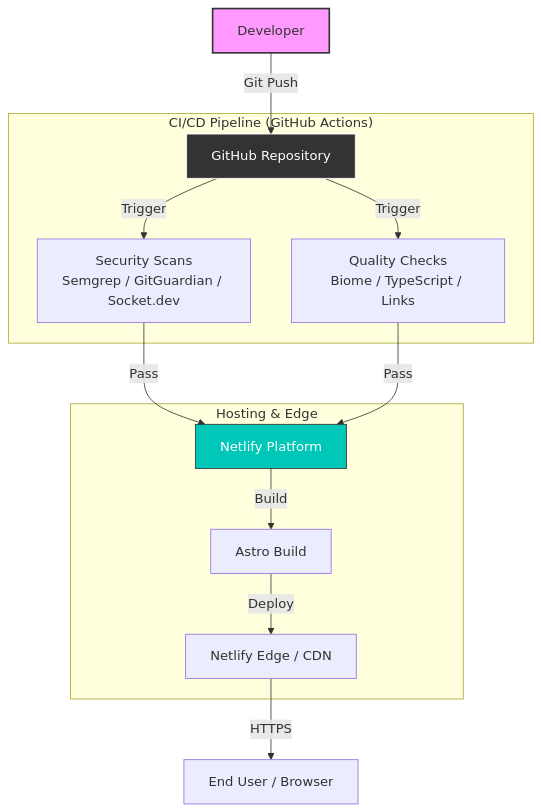
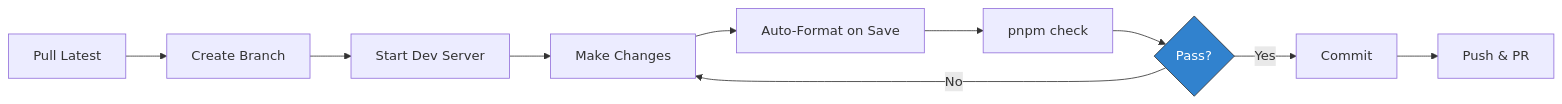
The first of 2 diagrams in docs/DEVELOPMENT.md (team4procoaching/website), drawn with Mermaid before and after one commit. The commit also changed other lines of this file and 4 other files, not shown here.

````diff
--- a/docs/DEVELOPMENT.md
+++ b/docs/DEVELOPMENT.md
@@ -54,23 +204,14 @@
 ```mermaid
-graph TD
-    User[Developer] -->|Git Push| GitHub[GitHub Repository]
+graph LR
+    A[Pull Latest] --> B[Create Branch]
+    B --> C[Start Dev Server]
+    C --> D[Make Changes]
+    D --> E[Auto-Format on Save]
+    E --> F[pnpm check]
+    F --> G{Pass?}
+    G -->|Yes| H[Commit]
+    G -->|No| D
+    H --> I[Push & PR]
 
-    subgraph "CI/CD Pipeline (GitHub Actions)"
-        GitHub -->|Trigger| Security[Security Scans<br/>Semgrep / GitGuardian / Socket.dev]
-        GitHub -->|Trigger| Quality[Quality Checks<br/>Biome / TypeScript / Links]
-    end
-
-    Security -->|Pass| Netlify
-    Quality -->|Pass| Netlify
-
-    subgraph "Hosting & Edge"
-        Netlify[Netlify Platform] -->|Build| Build[Astro Build]
-        Build -->|Deploy| CDN[Netlify Edge / CDN]
-    end
-
-    CDN -->|HTTPS| Client[End User / Browser]
-
-    style User fill:#f9f,stroke:#333,stroke-width:2px
-    style GitHub fill:#333,stroke:#fff,color:#fff
-    style Netlify fill:#00c7b7,stroke:#333,color:#fff
+    style G fill:#3182ce,stroke:#333,color:#fff
 ```
````
